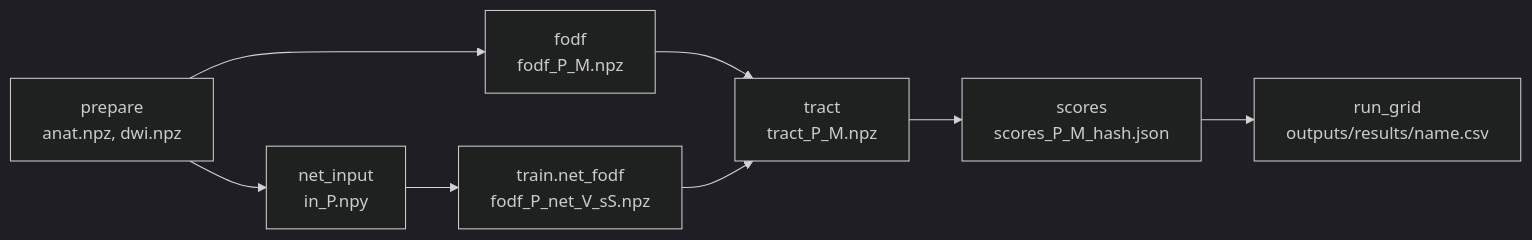
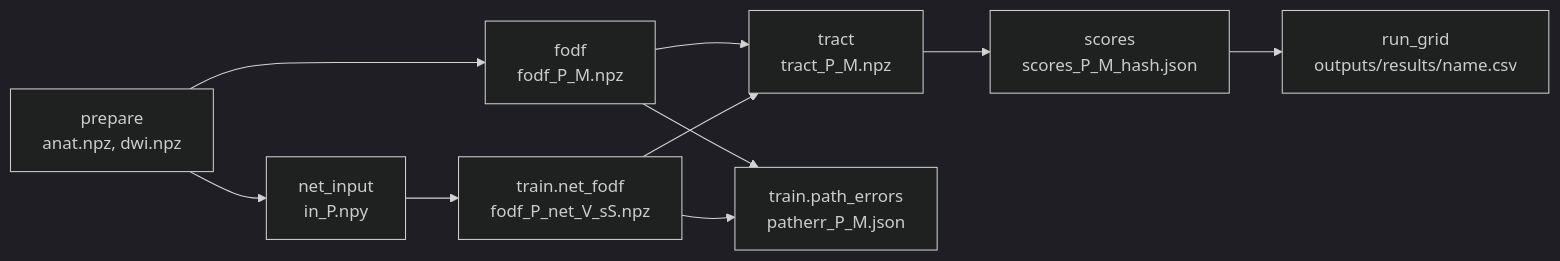
One commit to Faysal1000/brain-retinopath changed the second of 2 diagrams in docs/08-code.md. Above: the diagram before and after it, drawn with Mermaid (dark theme). The commit also changed other lines of this file and 36 other files, not shown here.

````diff
--- a/docs/08-code.md
+++ b/docs/08-code.md
@@ -249,10 +250,12 @@
 ```mermaid
 flowchart LR
     P[prepare<br/>anat.npz, dwi.npz] --> F[fodf<br/>fodf_P_M.npz]
     P --> I[net_input<br/>in_P.npy]
     I --> N[train.net_fodf<br/>fodf_P_net_V_sS.npz]
     F --> T[tract<br/>tract_P_M.npz]
     N --> T
     T --> S[scores<br/>scores_P_M_hash.json]
     S --> G[run_grid<br/>outputs/results/name.csv]
+    F --> E[train.path_errors<br/>patherr_P_M.json]
+    N --> E
 ```
````
